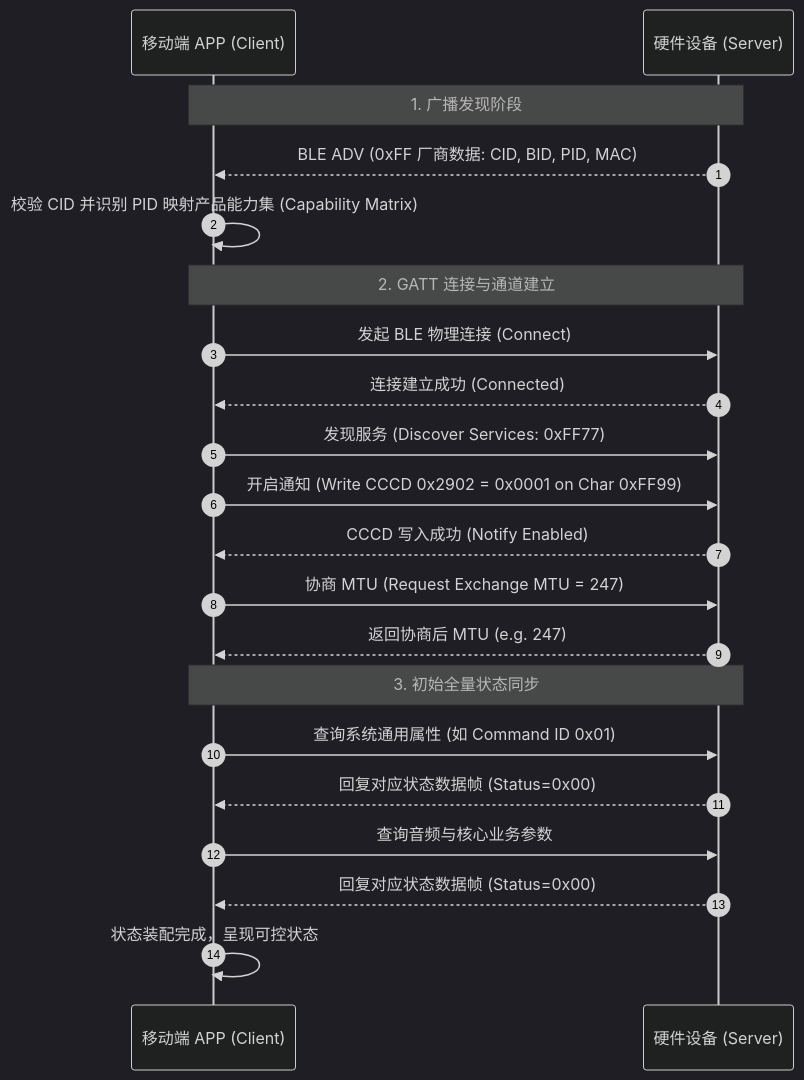
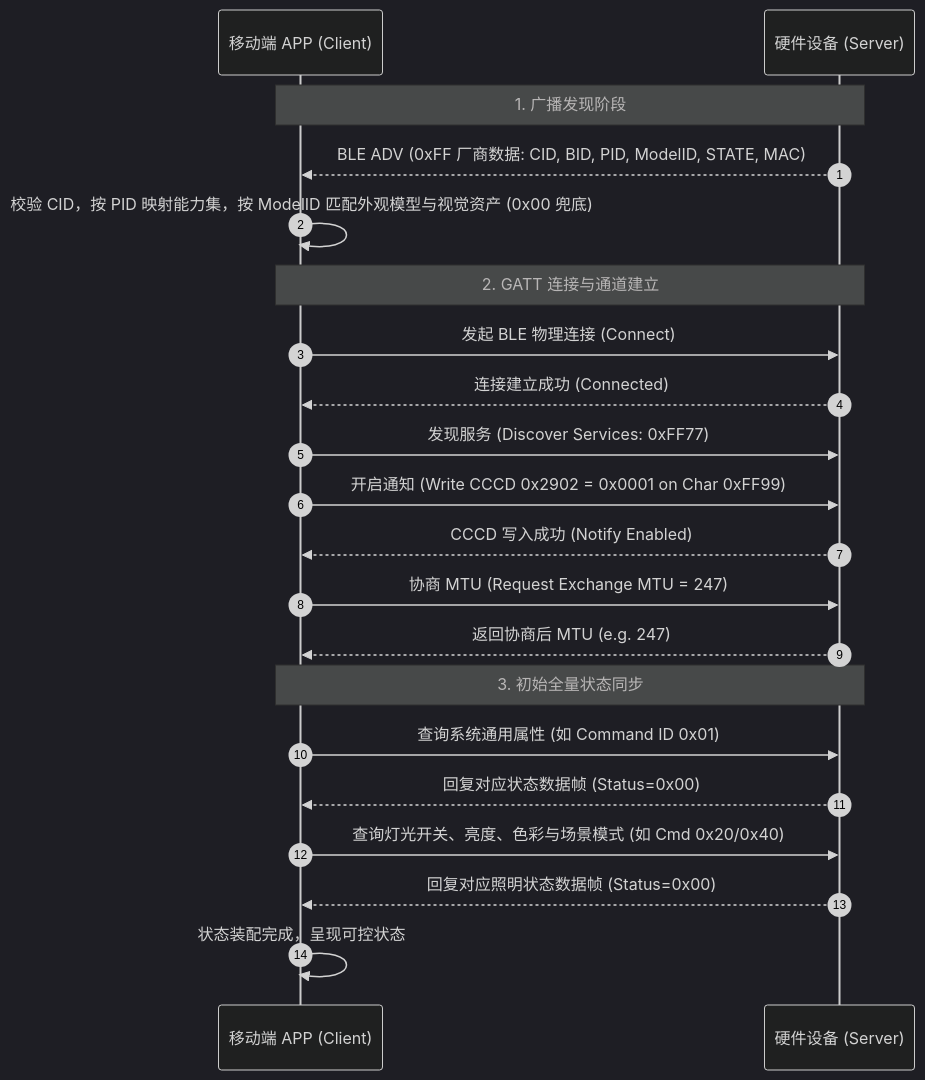
One commit to Grandboy1024/gb-project-guidelines changed the fourth of 6 diagrams in 1. 协议规范/BLE API 规范.md. Above: the diagram before and after it, drawn with Mermaid (dark theme). The commit also changed other lines of this file and 33 other files, not shown here.

````diff
--- a/1. 协议规范/BLE API 规范.md
+++ b/1. 协议规范/BLE API 规范.md
@@ -496,26 +587,26 @@
 ```mermaid
 sequenceDiagram
     autonumber
     participant App as 移动端 APP (Client)
     participant Dev as 硬件设备 (Server)
 
     Note over App,Dev: 1. 广播发现阶段
-    Dev-->>App: BLE ADV (0xFF 厂商数据: CID, BID, PID, MAC)
-    App->>App: 校验 CID 并识别 PID 映射产品能力集 (Capability Matrix)
+    Dev-->>App: BLE ADV (0xFF 厂商数据: CID, BID, PID, ModelID, STATE, MAC)
+    App->>App: 校验 CID，按 PID 映射能力集，按 ModelID 匹配外观模型与视觉资产 (0x00 兜底)
 
     Note over App,Dev: 2. GATT 连接与通道建立
     App->>Dev: 发起 BLE 物理连接 (Connect)
     Dev-->>App: 连接建立成功 (Connected)
     App->>Dev: 发现服务 (Discover Services: 0xFF77)
     App->>Dev: 开启通知 (Write CCCD 0x2902 = 0x0001 on Char 0xFF99)
     Dev-->>App: CCCD 写入成功 (Notify Enabled)
     App->>Dev: 协商 MTU (Request Exchange MTU = 247)
     Dev-->>App: 返回协商后 MTU (e.g. 247)
 
     Note over App,Dev: 3. 初始全量状态同步
     App->>Dev: 查询系统通用属性 (如 Command ID 0x01)
     Dev-->>App: 回复对应状态数据帧 (Status=0x00)
-    App->>Dev: 查询音频与核心业务参数
-    Dev-->>App: 回复对应状态数据帧 (Status=0x00)
+    App->>Dev: 查询灯光开关、亮度、色彩与场景模式 (如 Cmd 0x20/0x40)
+    Dev-->>App: 回复对应照明状态数据帧 (Status=0x00)
     App->>App: 状态装配完成，呈现可控状态
 ```
````
